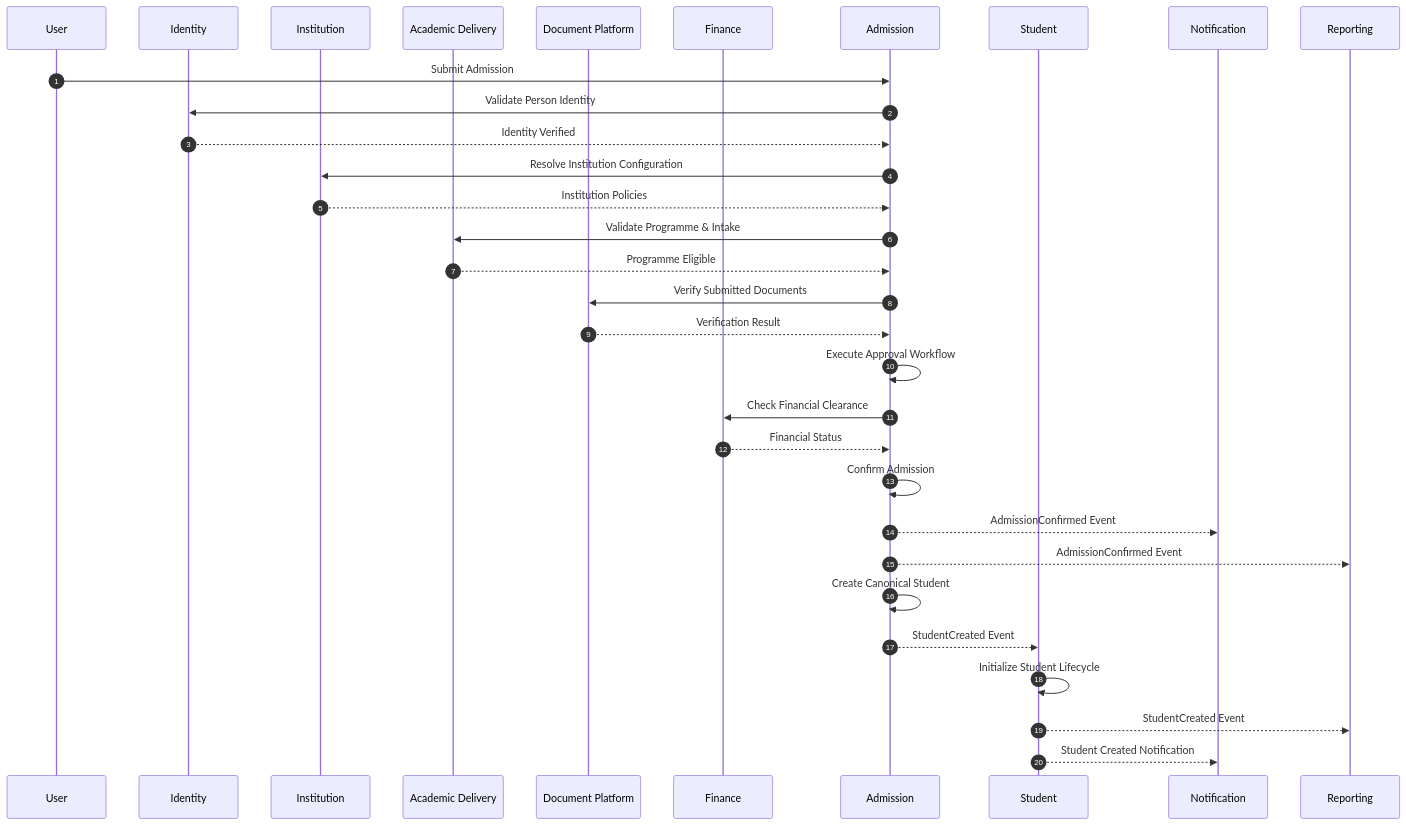
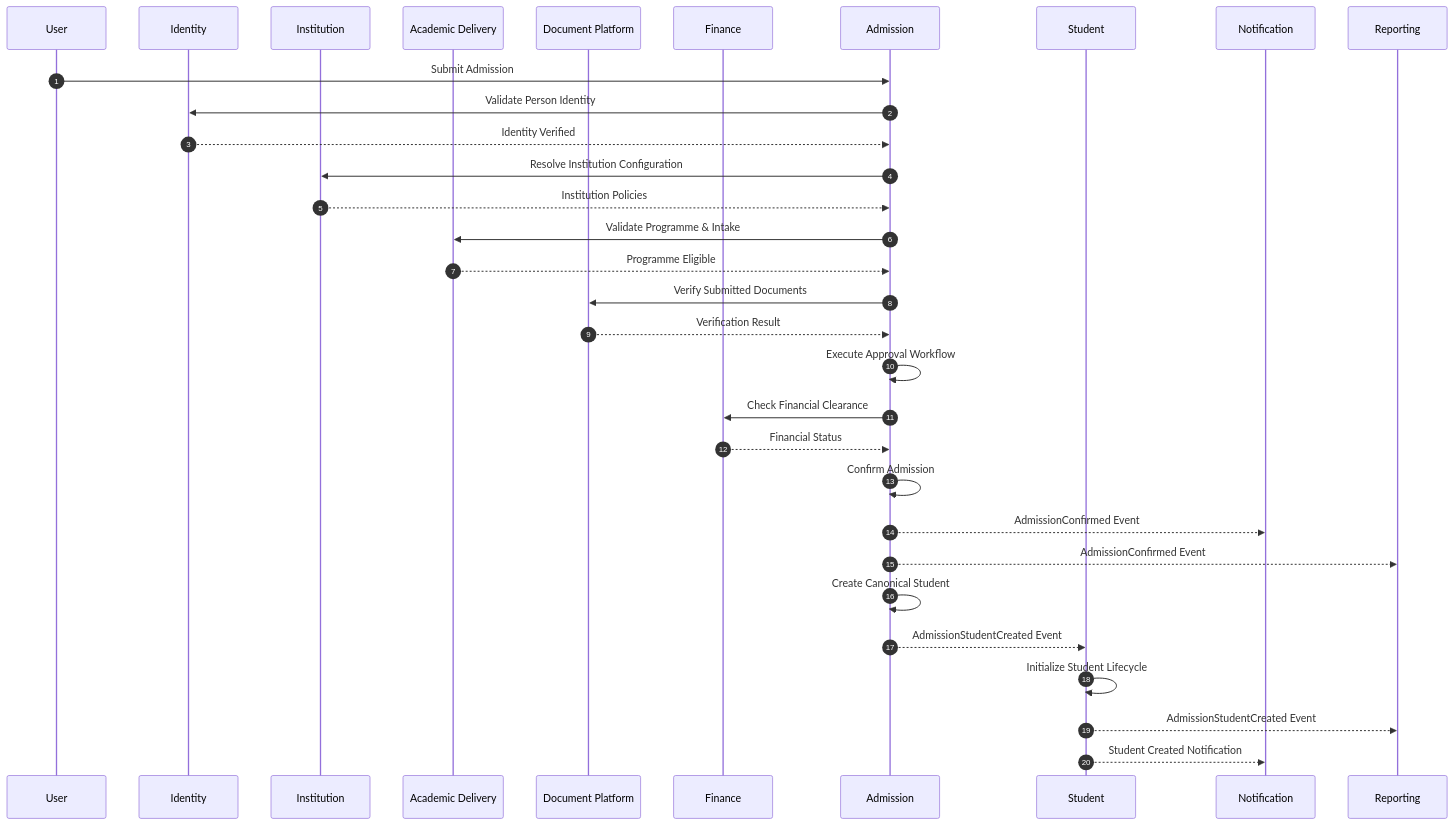
Before and after one commit to Varad1604/ERP_hark: diagram 18 of 24 in architecture/L2_Domain_Workflow_Architecture/section-c/L2-C01_Admissions_Workflows.md, drawn with Mermaid. The commit also changed other lines of this file and 32 other files, not shown here.

````diff
--- a/architecture/L2_Domain_Workflow_Architecture/section-c/L2-C01_Admissions_Workflows.md
+++ b/architecture/L2_Domain_Workflow_Architecture/section-c/L2-C01_Admissions_Workflows.md
@@ -8171,68 +8171,68 @@
 ```mermaid
 sequenceDiagram
 
 autonumber
 
 participant User
 participant Identity
 participant Institution
 participant Academic as Academic Delivery
 participant Document as Document Platform
 participant Finance
 participant Admission
 participant Student
 participant Notification
 participant Reporting
 
 %% ==========================================================
 %% Admission Initiation
 %% ==========================================================
 
 User->>Admission: Submit Admission
 
 Admission->>Identity: Validate Person Identity
 Identity-->>Admission: Identity Verified
 
 Admission->>Institution: Resolve Institution Configuration
 Institution-->>Admission: Institution Policies
 
 Admission->>Academic: Validate Programme & Intake
 Academic-->>Admission: Programme Eligible
 
 Admission->>Document: Verify Submitted Documents
 Document-->>Admission: Verification Result
 
 %% ==========================================================
 %% Approval Phase
 %% ==========================================================
 
 Admission->>Admission: Execute Approval Workflow
 
 Admission->>Finance: Check Financial Clearance
 Finance-->>Admission: Financial Status
 
 %% ==========================================================
 %% Confirmation
 %% ==========================================================
 
 Admission->>Admission: Confirm Admission
 
 Admission-->>Notification: AdmissionConfirmed Event
 
 Admission-->>Reporting: AdmissionConfirmed Event
 
 %% ==========================================================
 %% Student Creation
 %% ==========================================================
 
 Admission->>Admission: Create Canonical Student
 
-Admission-->>Student: StudentCreated Event
+Admission-->>Student: AdmissionStudentCreated Event
 
 Student->>Student: Initialize Student Lifecycle
 
-Student-->>Reporting: StudentCreated Event
+Student-->>Reporting: AdmissionStudentCreated Event
 
 Student-->>Notification: Student Created Notification
 
 ```
````
